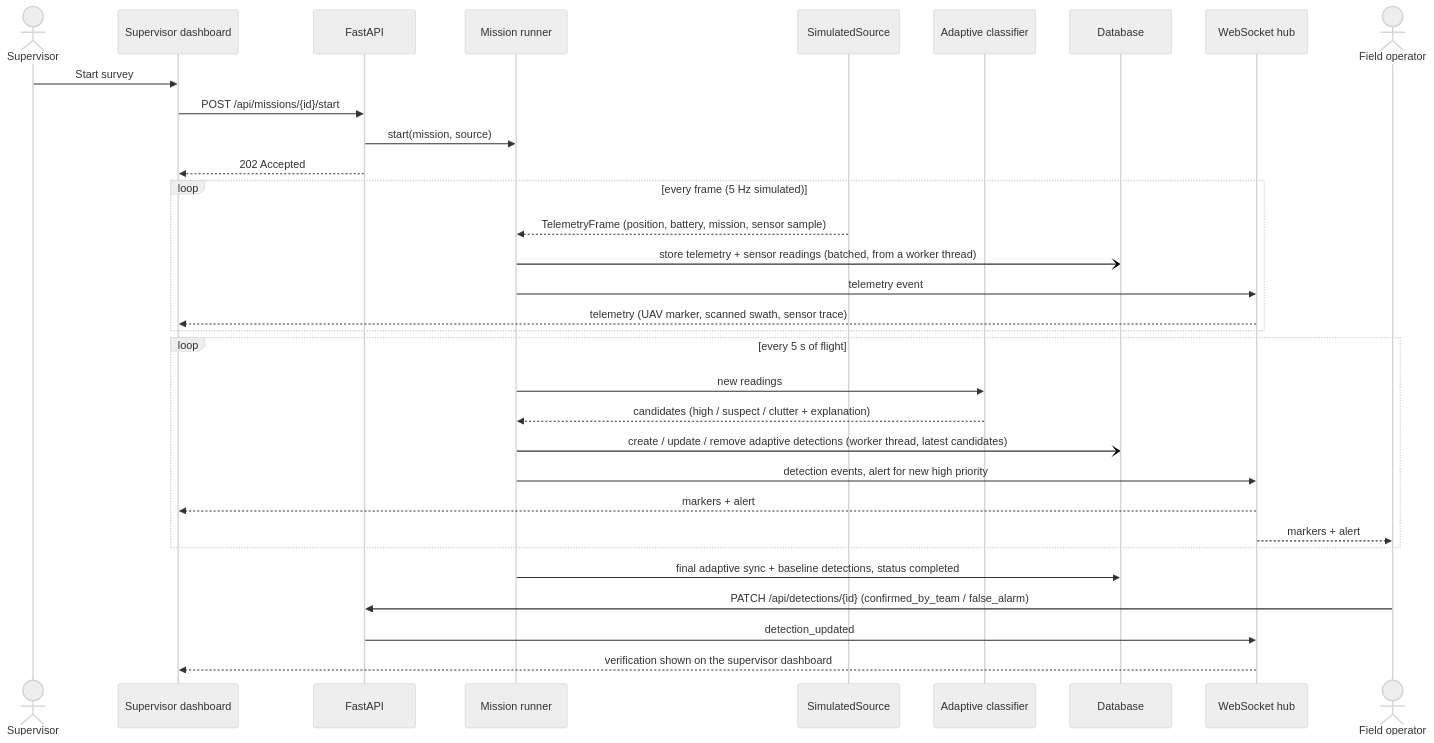
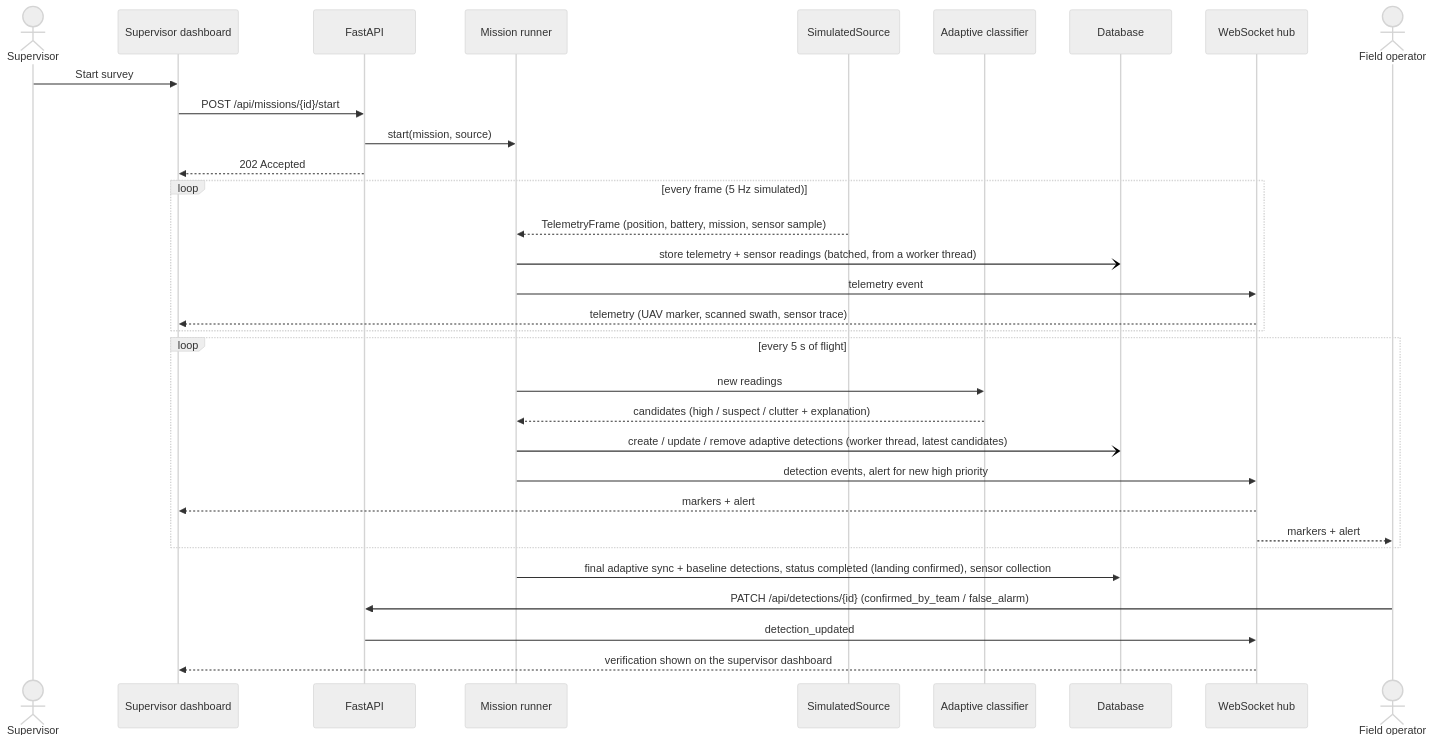
The second of 4 diagrams in docs/ARCHITECTURE.md (Mnsour-Aldossari/gradProjectPrototype), drawn with Mermaid (neutral theme) before and after one commit. The commit also changed other lines of this file and 16 other files, not shown here.

First line of the commit message:
Landing confirmation and sensor collection, apart from the flight

````diff
--- a/docs/ARCHITECTURE.md
+++ b/docs/ARCHITECTURE.md
@@ -97,35 +97,35 @@
 ```mermaid
 sequenceDiagram
     actor Supervisor
     participant Web as Supervisor dashboard
     participant API as FastAPI
     participant Runner as Mission runner
     participant Source as SimulatedSource
     participant Engine as Adaptive classifier
     participant DB as Database
     participant Hub as WebSocket hub
     actor Field as Field operator
 
     Supervisor->>Web: Start survey
     Web->>API: POST /api/missions/{id}/start
     API->>Runner: start(mission, source)
     API-->>Web: 202 Accepted
     loop every frame (5 Hz simulated)
         Source-->>Runner: TelemetryFrame (position, battery, mission, sensor sample)
         Runner-)DB: store telemetry + sensor readings (batched, from a worker thread)
         Runner->>Hub: telemetry event
         Hub-->>Web: telemetry (UAV marker, scanned swath, sensor trace)
     end
     loop every 5 s of flight
         Runner->>Engine: new readings
         Engine-->>Runner: candidates (high / suspect / clutter + explanation)
         Runner-)DB: create / update / remove adaptive detections (worker thread, latest candidates)
         Runner->>Hub: detection events, alert for new high priority
         Hub-->>Web: markers + alert
         Hub-->>Field: markers + alert
     end
-    Runner->>DB: final adaptive sync + baseline detections, status completed
+    Runner->>DB: final adaptive sync + baseline detections, status completed (landing confirmed), sensor collection
     Field->>API: PATCH /api/detections/{id} (confirmed_by_team / false_alarm)
     API->>Hub: detection_updated
     Hub-->>Web: verification shown on the supervisor dashboard
 ```
````
